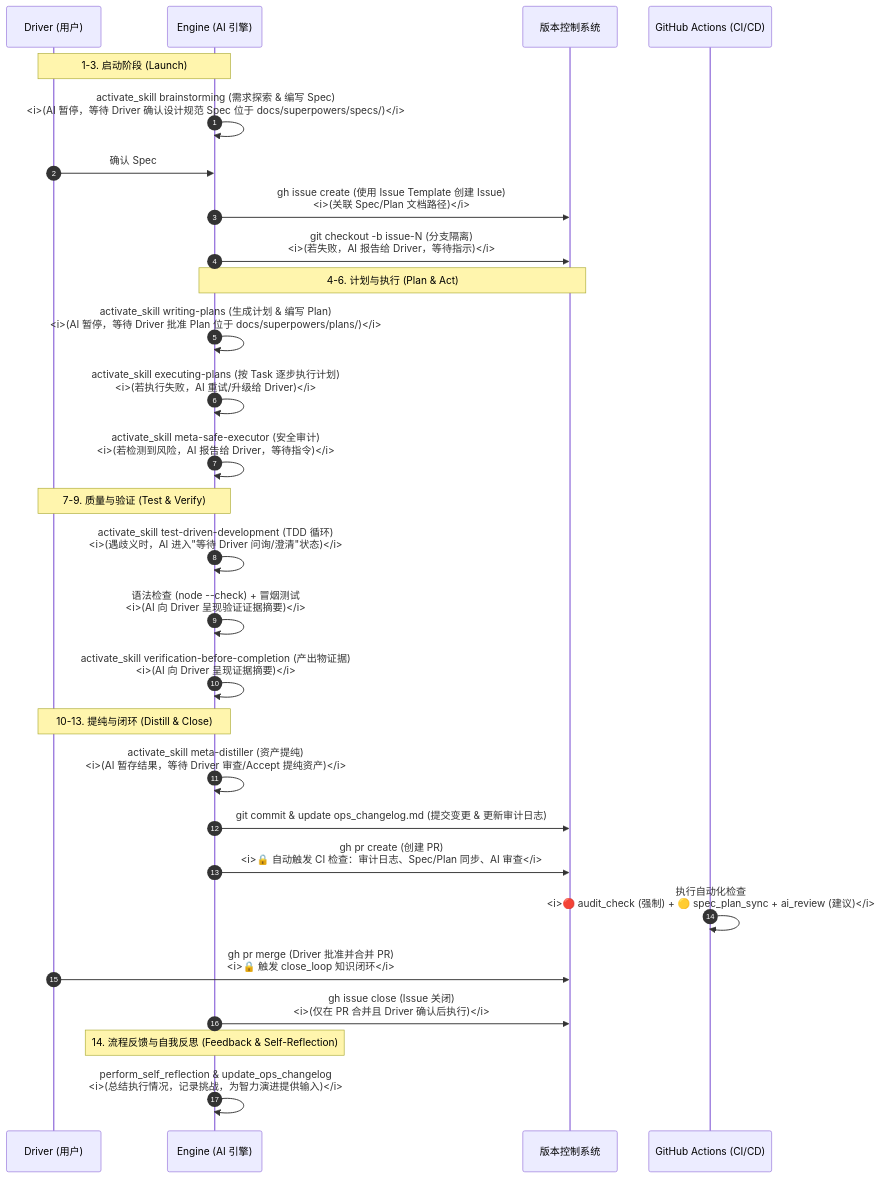
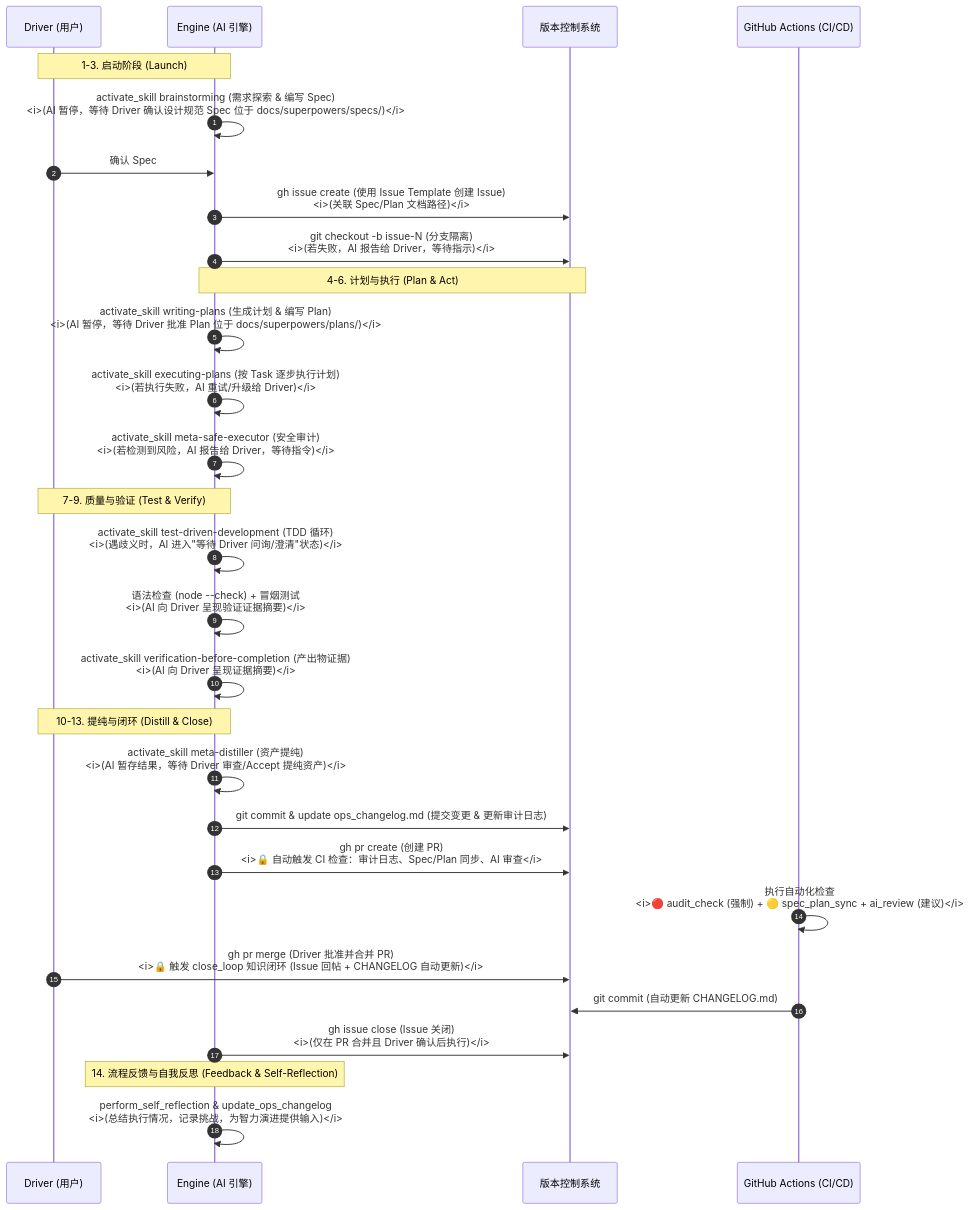
Before and after one commit to catx1726/MarkFlow: the diagram in AGENTS.md, drawn with Mermaid. The commit also changed other lines of this file and 36 other files, not shown here.

````diff
--- a/AGENTS.md
+++ b/AGENTS.md
@@ -5,35 +5,36 @@
 ```mermaid
 sequenceDiagram
     autonumber
     participant D as Driver (用户)
     participant AI as Engine (AI 引擎)
     participant VCS as 版本控制系统
     participant CI as GitHub Actions (CI/CD)
 
     Note over D, AI: 1-3. 启动阶段 (Launch)
     AI->>AI: activate_skill brainstorming (需求探索 & 编写 Spec)<br/><i>(AI 暂停，等待 Driver 确认设计规范 Spec 位于 docs/superpowers/specs/)</i>
     D->>AI: 确认 Spec
     AI->>VCS: gh issue create (使用 Issue Template 创建 Issue)<br/><i>(关联 Spec/Plan 文档路径)</i>
     AI->>VCS: git checkout -b issue-N (分支隔离)<br/><i>(若失败，AI 报告给 Driver，等待指示)</i>
 
     Note over AI, VCS: 4-6. 计划与执行 (Plan & Act)
     AI->>AI: activate_skill writing-plans (生成计划 & 编写 Plan)<br/><i>(AI 暂停，等待 Driver 批准 Plan 位于 docs/superpowers/plans/)</i>
     AI->>AI: activate_skill executing-plans (按 Task 逐步执行计划)<br/><i>(若执行失败，AI 重试/升级给 Driver)</i>
     AI->>AI: activate_skill meta-safe-executor (安全审计)<br/><i>(若检测到风险，AI 报告给 Driver，等待指令)</i>
 
     Note over AI, D: 7-9. 质量与验证 (Test & Verify)
     AI->>AI: activate_skill test-driven-development (TDD 循环)<br/><i>(遇歧义时，AI 进入"等待 Driver 问询/澄清"状态)</i>
     AI->>AI: 语法检查 (node --check) + 冒烟测试<br/><i>(AI 向 Driver 呈现验证证据摘要)</i>
     AI->>AI: activate_skill verification-before-completion (产出物证据)<br/><i>(AI 向 Driver 呈现证据摘要)</i>
 
     Note over AI, D: 10-13. 提纯与闭环 (Distill & Close)
     AI->>AI: activate_skill meta-distiller (资产提纯)<br/><i>(AI 暂存结果，等待 Driver 审查/Accept 提纯资产)</i>
     AI->>VCS: git commit & update ops_changelog.md (提交变更 & 更新审计日志)
     AI->>VCS: gh pr create (创建 PR)<br/><i>🔒 自动触发 CI 检查：审计日志、Spec/Plan 同步、AI 审查</i>
     CI->>CI: 执行自动化检查<br/><i>🔴 audit_check (强制) + 🟡 spec_plan_sync + ai_review (建议)</i>
-    D->>VCS: gh pr merge (Driver 批准并合并 PR)<br/><i>🔒 触发 close_loop 知识闭环</i>
+    D->>VCS: gh pr merge (Driver 批准并合并 PR)<br/><i>🔒 触发 close_loop 知识闭环 (Issue 回帖 + CHANGELOG 自动更新)</i>
+    CI->>VCS: git commit (自动更新 CHANGELOG.md)
     AI->>VCS: gh issue close (Issue 关闭)<br/><i>(仅在 PR 合并且 Driver 确认后执行)</i>
 
     Note over AI: 14. 流程反馈与自我反思 (Feedback & Self-Reflection)
     AI->>AI: perform_self_reflection & update_ops_changelog<br/><i>(总结执行情况，记录挑战，为智力演进提供输入)</i>
 ```
````
